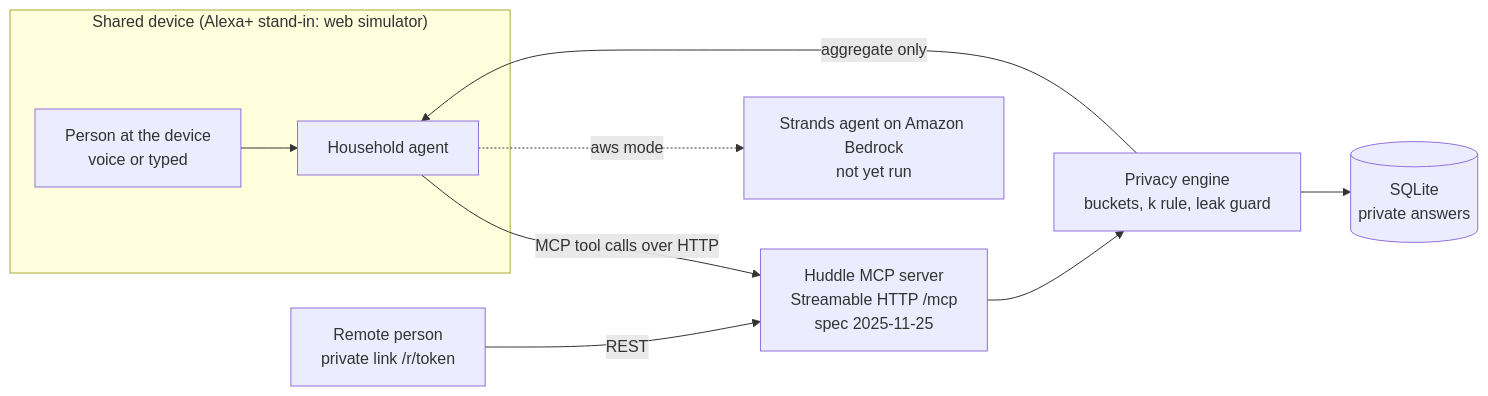
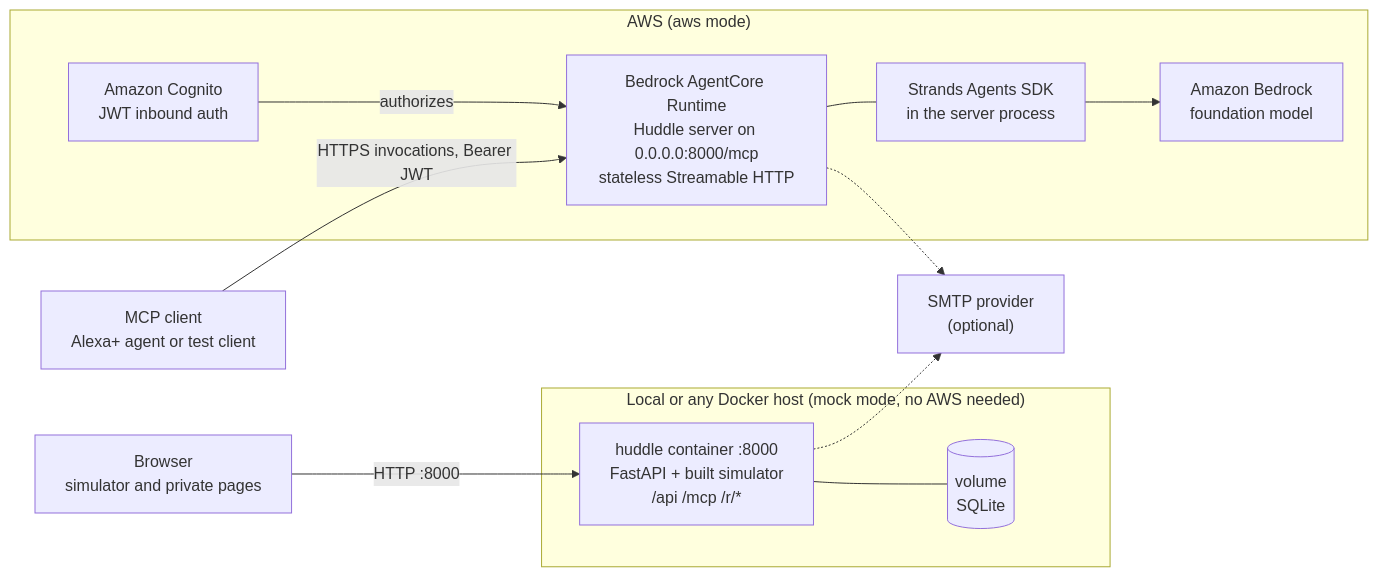
The third of 3 diagrams in README.md (sanjay-thiyagarajan/huddle), drawn with Mermaid before and after one commit. The commit also changed other lines of this file, not shown here.

Commit message:
README: submission-ready with problem, features, privacy model, sequence, technical and deployment architecture diagrams, MCP tools, quickstart, configuration

````diff
--- a/README.md
+++ b/README.md
@@ -51,17 +145,27 @@
 ```mermaid
 flowchart LR
-  subgraph Home["Shared device (Alexa+ stand-in: web simulator)"]
-    P1[Person at the device<br/>voice or typed]
-    Agent[Household agent]
+  Browser["Browser<br/>simulator and private pages"]
+  Agent["MCP client<br/>Alexa+ agent or test client"]
+
+  subgraph Local["Local or any Docker host (mock mode, no AWS needed)"]
+    C1["huddle container :8000<br/>FastAPI + built simulator<br/>/api  /mcp  /r/*"]
+    V1[("volume<br/>SQLite")]
+    C1 --- V1
   end
-  P2[Remote person<br/>private link /r/token]
-  MCP[Huddle MCP server<br/>Streamable HTTP /mcp<br/>spec 2025-11-25]
-  Engine[Privacy engine<br/>buckets, k rule, leak guard]
-  DB[(SQLite<br/>private answers)]
-  P1 --> Agent
-  Agent -->|MCP tool calls over HTTP| MCP
-  P2 -->|REST| MCP
-  MCP --> Engine --> DB
-  Engine -->|aggregate only| Agent
-  Agent -.->|aws mode| Bedrock[Strands agent on Amazon Bedrock<br/>not yet run]
+
+  subgraph AWS["AWS (aws mode)"]
+    COG["Amazon Cognito<br/>JWT inbound auth"]
+    AC["Bedrock AgentCore Runtime<br/>Huddle server on 0.0.0.0:8000/mcp<br/>stateless Streamable HTTP"]
+    STR["Strands Agents SDK<br/>in the server process"]
+    BED["Amazon Bedrock<br/>foundation model"]
+    COG -->|authorizes| AC
+    AC --- STR --> BED
+  end
+
+  SMTP["SMTP provider<br/>(optional)"]
+
+  Browser -->|"HTTP :8000"| C1
+  Agent -->|"HTTPS invocations, Bearer JWT"| AC
+  C1 -.-> SMTP
+  AC -.-> SMTP
 ```
````
